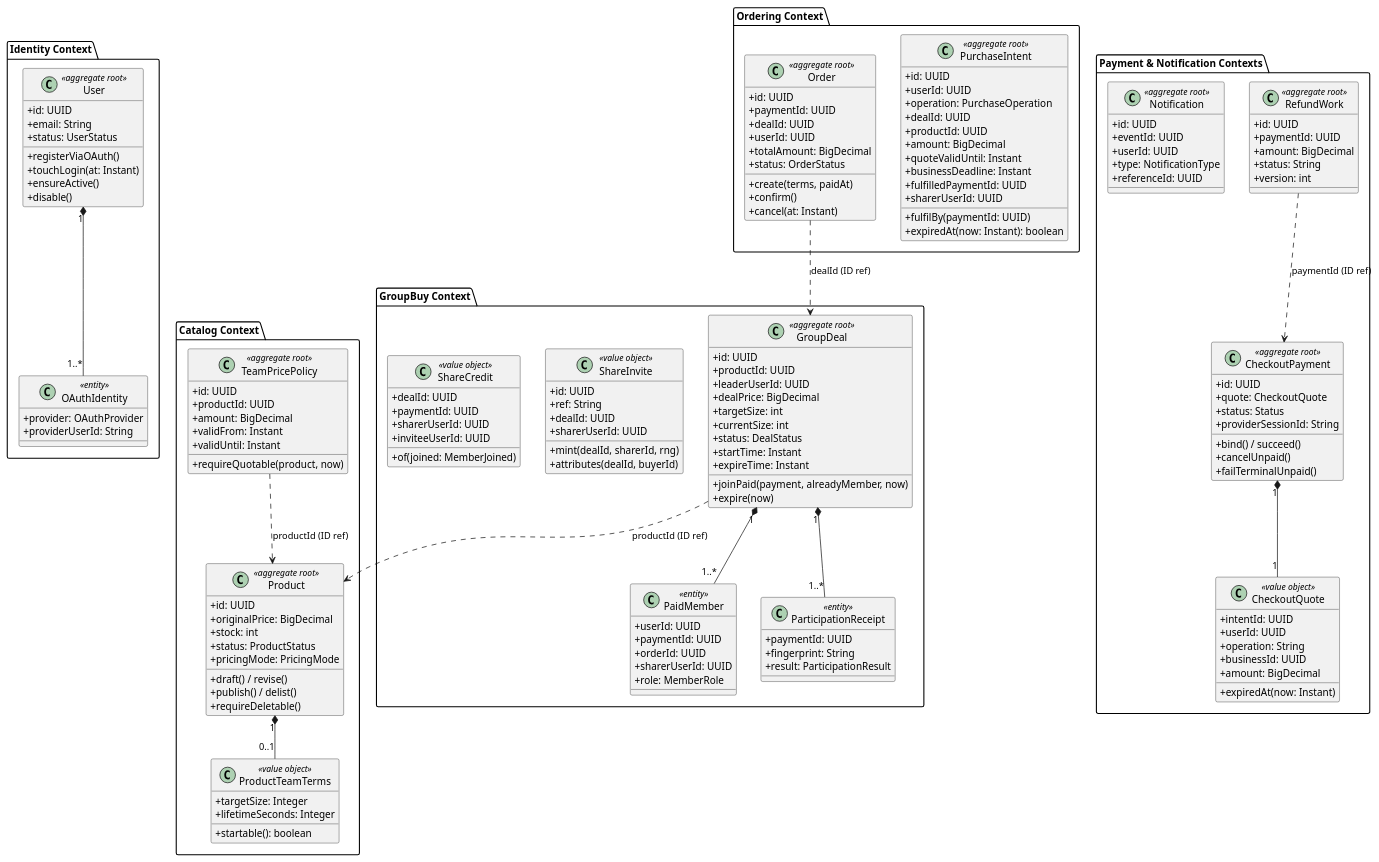
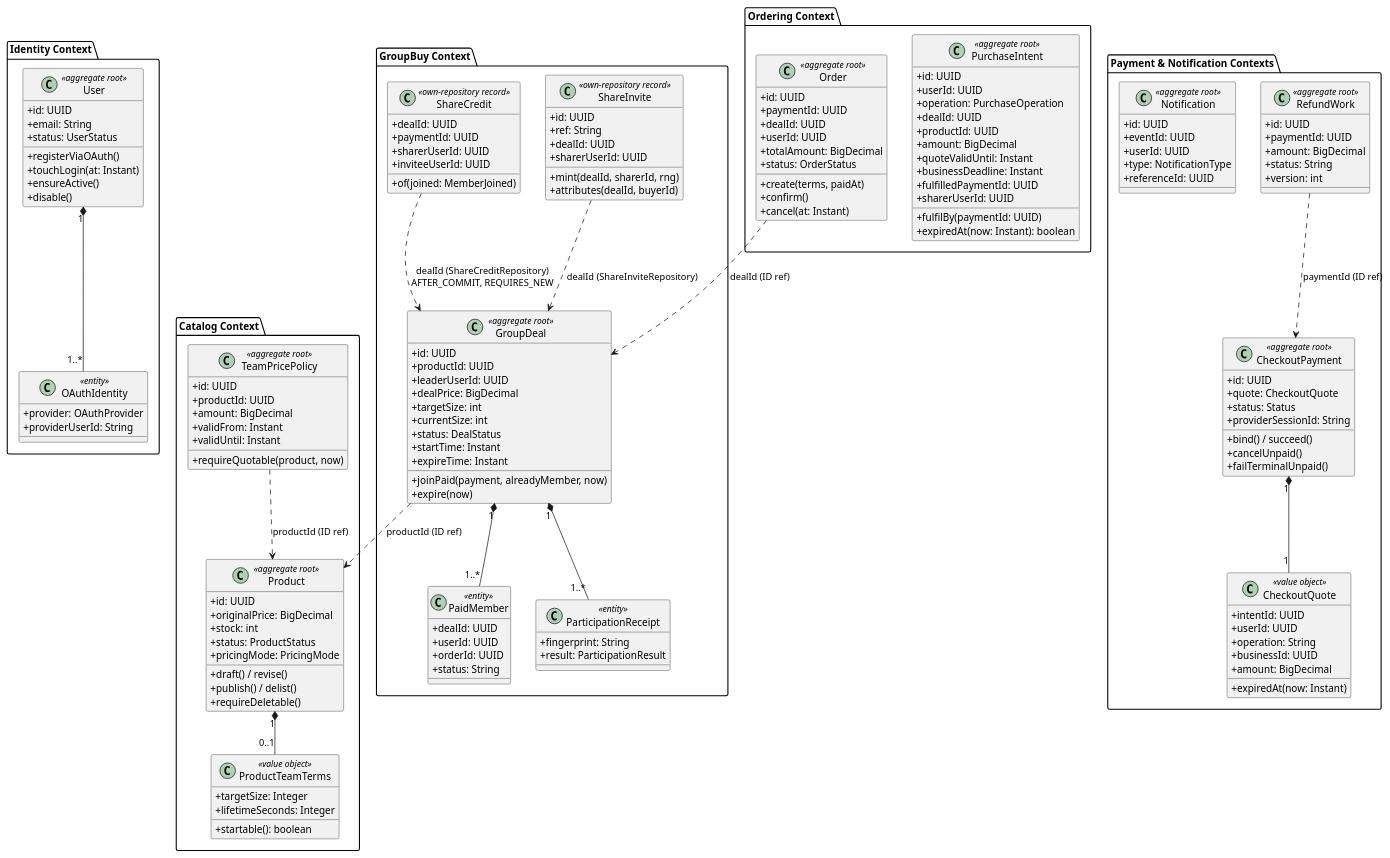
Before and after one commit to PPsyrius/iss-groupbuy-team8: the diagram in docs/swe5001/report/diagrams/d7-aggregates.puml, drawn with PlantUML. The commit also changed 848 other files, not shown here.

```diff
--- a/docs/swe5001/report/diagrams/d7-aggregates.puml
+++ b/docs/swe5001/report/diagrams/d7-aggregates.puml
@@ -1,160 +1,160 @@
 @startuml d7-aggregates
 skinparam classAttributeIconSize 0
 skinparam Shadowing false
 
 package "Identity Context" {
   class User <<aggregate root>> {
     +id: UUID
     +email: String
     +status: UserStatus
     +registerViaOAuth()
     +touchLogin(at: Instant)
     +ensureActive()
     +disable()
   }
   class OAuthIdentity <<entity>> {
     +provider: OAuthProvider
     +providerUserId: String
   }
   User "1" *-- "1..*" OAuthIdentity
 }
 
 package "Catalog Context" {
   class Product <<aggregate root>> {
     +id: UUID
     +originalPrice: BigDecimal
     +stock: int
     +status: ProductStatus
     +pricingMode: PricingMode
     +draft() / revise()
     +publish() / delist()
     +requireDeletable()
   }
   class ProductTeamTerms <<value object>> {
     +targetSize: Integer
     +lifetimeSeconds: Integer
     +startable(): boolean
   }
   class TeamPricePolicy <<aggregate root>> {
     +id: UUID
     +productId: UUID
     +amount: BigDecimal
     +validFrom: Instant
     +validUntil: Instant
     +requireQuotable(product, now)
   }
   Product "1" *-- "0..1" ProductTeamTerms
   TeamPricePolicy ..> Product : productId (ID ref)
 }
 
 package "GroupBuy Context" {
   class GroupDeal <<aggregate root>> {
     +id: UUID
     +productId: UUID
     +leaderUserId: UUID
     +dealPrice: BigDecimal
     +targetSize: int
     +currentSize: int
     +status: DealStatus
     +startTime: Instant
     +expireTime: Instant
     +joinPaid(payment, alreadyMember, now)
     +expire(now)
   }
   class PaidMember <<entity>> {
+    +dealId: UUID
     +userId: UUID
-    +paymentId: UUID
     +orderId: UUID
-    +sharerUserId: UUID
-    +role: MemberRole
+    +status: String
   }
   class ParticipationReceipt <<entity>> {
-    +paymentId: UUID
     +fingerprint: String
     +result: ParticipationResult
   }
-  class ShareInvite <<value object>> {
+  class ShareInvite <<own-repository record>> {
     +id: UUID
     +ref: String
     +dealId: UUID
     +sharerUserId: UUID
     +mint(dealId, sharerId, rng)
     +attributes(dealId, buyerId)
   }
-  class ShareCredit <<value object>> {
+  class ShareCredit <<own-repository record>> {
     +dealId: UUID
     +paymentId: UUID
     +sharerUserId: UUID
     +inviteeUserId: UUID
     +of(joined: MemberJoined)
   }
   GroupDeal "1" *-- "1..*" PaidMember
   GroupDeal "1" *-- "1..*" ParticipationReceipt
   GroupDeal ..> Product : productId (ID ref)
+  ShareInvite ..> GroupDeal : dealId (ShareInviteRepository)
+  ShareCredit ..> GroupDeal : dealId (ShareCreditRepository)\nAFTER_COMMIT, REQUIRES_NEW
 }
 
 package "Ordering Context" {
   class PurchaseIntent <<aggregate root>> {
     +id: UUID
     +userId: UUID
     +operation: PurchaseOperation
     +dealId: UUID
     +productId: UUID
     +amount: BigDecimal
     +quoteValidUntil: Instant
     +businessDeadline: Instant
     +fulfilledPaymentId: UUID
     +sharerUserId: UUID
     +fulfilBy(paymentId: UUID)
     +expiredAt(now: Instant): boolean
   }
   class Order <<aggregate root>> {
     +id: UUID
     +paymentId: UUID
     +dealId: UUID
     +userId: UUID
     +totalAmount: BigDecimal
     +status: OrderStatus
     +create(terms, paidAt)
     +confirm()
     +cancel(at: Instant)
   }
   Order ..> GroupDeal : dealId (ID ref)
 }
 
 package "Payment & Notification Contexts" {
   class CheckoutPayment <<aggregate root>> {
     +id: UUID
     +quote: CheckoutQuote
     +status: Status
     +providerSessionId: String
     +bind() / succeed()
     +cancelUnpaid()
     +failTerminalUnpaid()
   }
   class CheckoutQuote <<value object>> {
     +intentId: UUID
     +userId: UUID
     +operation: String
     +businessId: UUID
     +amount: BigDecimal
     +expiredAt(now: Instant)
   }
   class RefundWork <<aggregate root>> {
     +id: UUID
     +paymentId: UUID
     +amount: BigDecimal
     +status: String
     +version: int
   }
   class Notification <<aggregate root>> {
     +id: UUID
     +eventId: UUID
     +userId: UUID
     +type: NotificationType
     +referenceId: UUID
   }
   CheckoutPayment "1" *-- "1" CheckoutQuote
   RefundWork ..> CheckoutPayment : paymentId (ID ref)
 }
 @enduml
```
